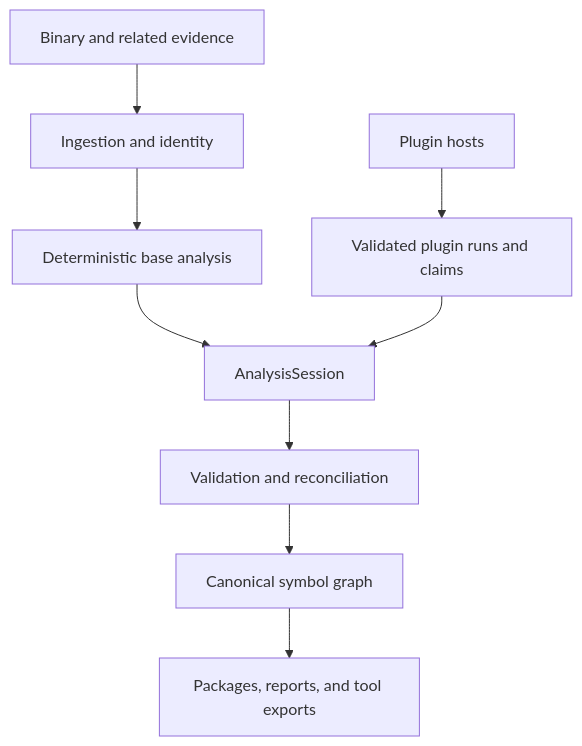
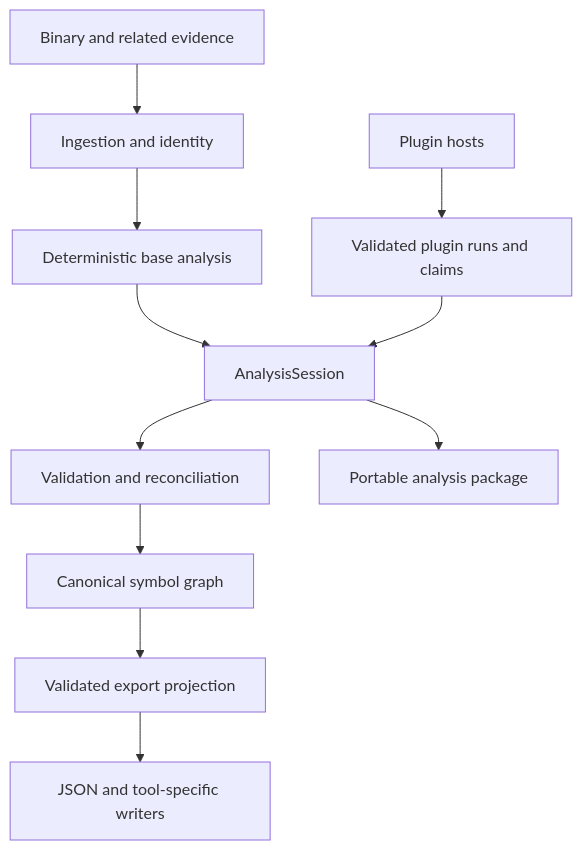
One commit to Krilliac/ReSymbol changed the diagram in docs/architecture.md. Above: the diagram before and after it, drawn with Mermaid. The commit also changed other lines of this file and 20 other files, not shown here.

````diff
--- a/docs/architecture.md
+++ b/docs/architecture.md
@@ -30,11 +32,13 @@
 ```mermaid
 flowchart TD
     B["Binary and related evidence"] --> I["Ingestion and identity"]
     I --> A["Deterministic base analysis"]
     A --> S["AnalysisSession"]
     P["Plugin hosts"] --> C["Validated plugin runs and claims"]
     C --> S
     S --> R["Validation and reconciliation"]
     R --> G["Canonical symbol graph"]
-    G --> X["Packages, reports, and tool exports"]
+    G --> E["Validated export projection"]
+    E --> X["JSON and tool-specific writers"]
+    S --> K["Portable analysis package"]
 ```
````
